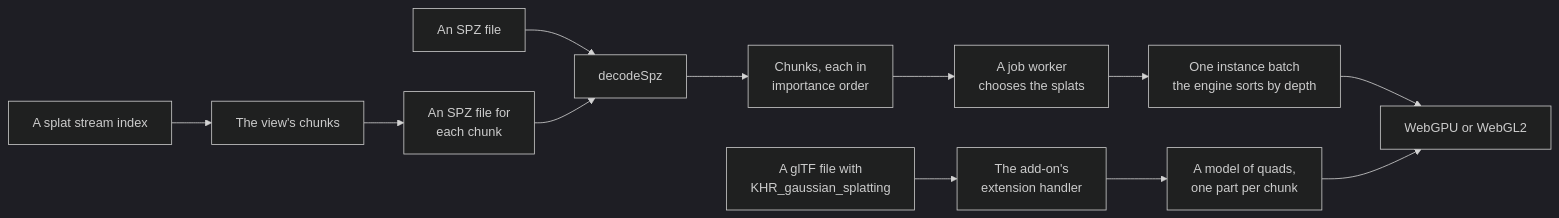
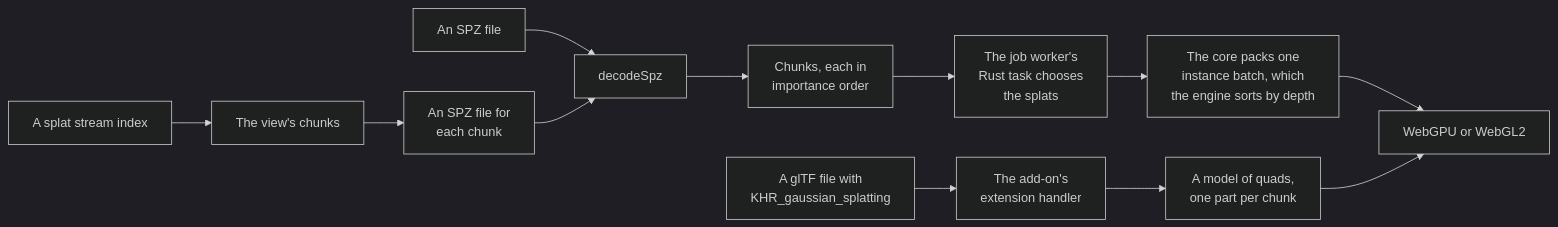
The diagram in docs/api/splats.md (null3d-engine/null3d), drawn with Mermaid (dark theme) before and after one commit. The commit also changed other lines of this file and 28 other files, not shown here.

First line of the commit message:
feat(splats): run the selection and the pack of a splat cloud in Rust

````diff
--- a/docs/api/splats.md
+++ b/docs/api/splats.md
@@ -13,14 +13,14 @@
 ```mermaid
 flowchart LR
     spz["An SPZ file"] --> read["decodeSpz"]
     stream["A splat stream index"] --> pick["The view's chunks"]
     pick --> chunk["An SPZ file for<br/>each chunk"]
     chunk --> read
     gltf["A glTF file with<br/>KHR_gaussian_splatting"] --> handler["The add-on's<br/>extension handler"]
     read --> cut["Chunks, each in<br/>importance order"]
     handler --> model["A model of quads,<br/>one part per chunk"]
-    cut --> task["A job worker<br/>chooses the splats"]
-    task --> batch["One instance batch<br/>the engine sorts by depth"]
+    cut --> task["The job worker's<br/>Rust task chooses<br/>the splats"]
+    task --> batch["The core packs one<br/>instance batch, which<br/>the engine sorts by depth"]
     batch --> gpu["WebGPU or WebGL2"]
     model --> gpu
 ```
````
